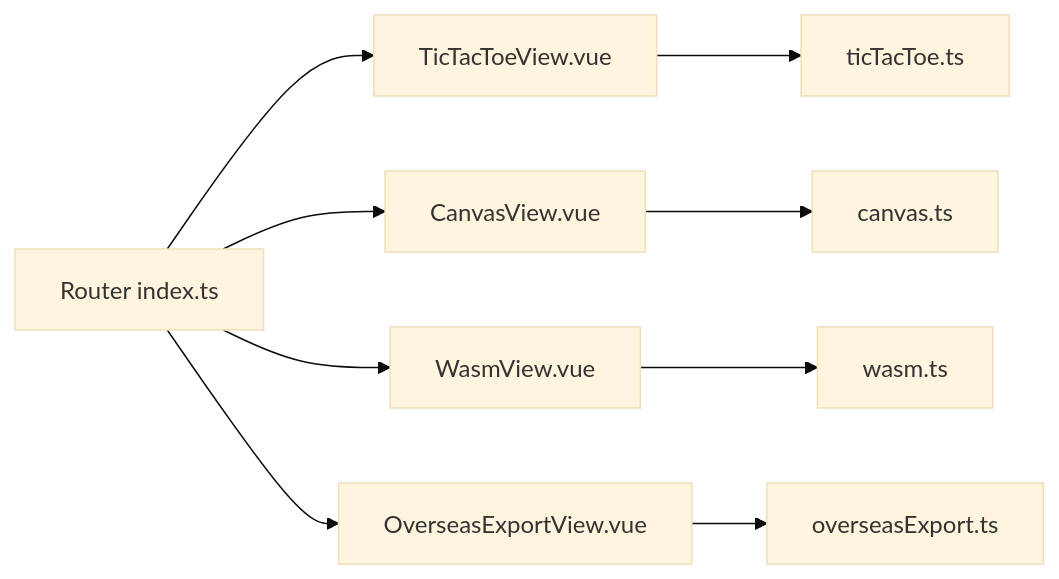
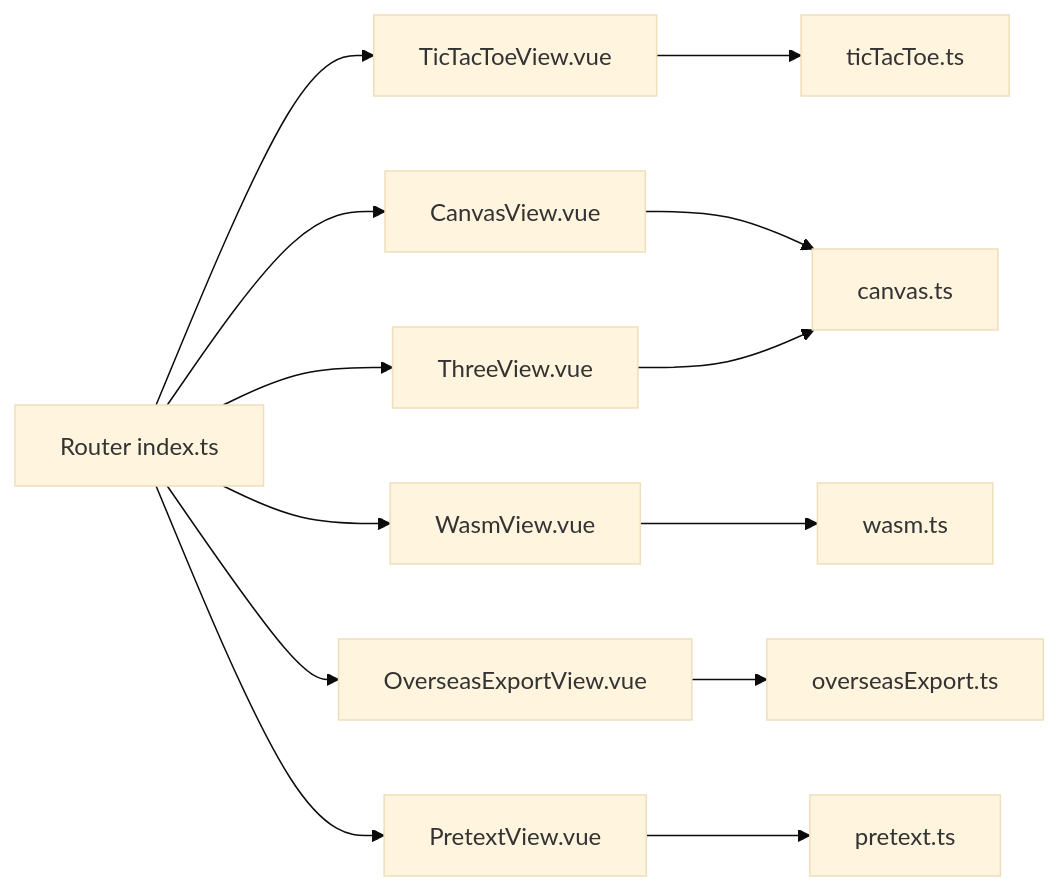
One commit to adminfyy/adminfyy.github.io changed the ninth of 9 diagrams in .qoder/repowiki/en/content/Interactive Applications/Interactive Applications.md. Above: the diagram before and after it, drawn with Mermaid (base theme). The commit also changed other lines of this file and 34 other files, not shown here.

````diff
--- a/.qoder/repowiki/en/content/Interactive Applications/Interactive Applications.md
+++ b/.qoder/repowiki/en/content/Interactive Applications/Interactive Applications.md
@@ -314,11 +478,15 @@
 ```mermaid
 graph LR
 TTT["TicTacToeView.vue"] --> TTU["ticTacToe.ts"]
 CANV["CanvasView.vue"] --> CANVU["canvas.ts"]
 WASM["WasmView.vue"] --> WASMU["wasm.ts"]
 EXP["OverseasExportView.vue"] --> EXPU["overseasExport.ts"]
+PRETEXT["PretextView.vue"] --> PRETEXTU["pretext.ts"]
+THREE["ThreeView.vue"] --> CANVU
 R["Router index.ts"] --> TTT
 R --> CANV
 R --> WASM
 R --> EXP
+R --> PRETEXT
+R --> THREE
 ```
````
